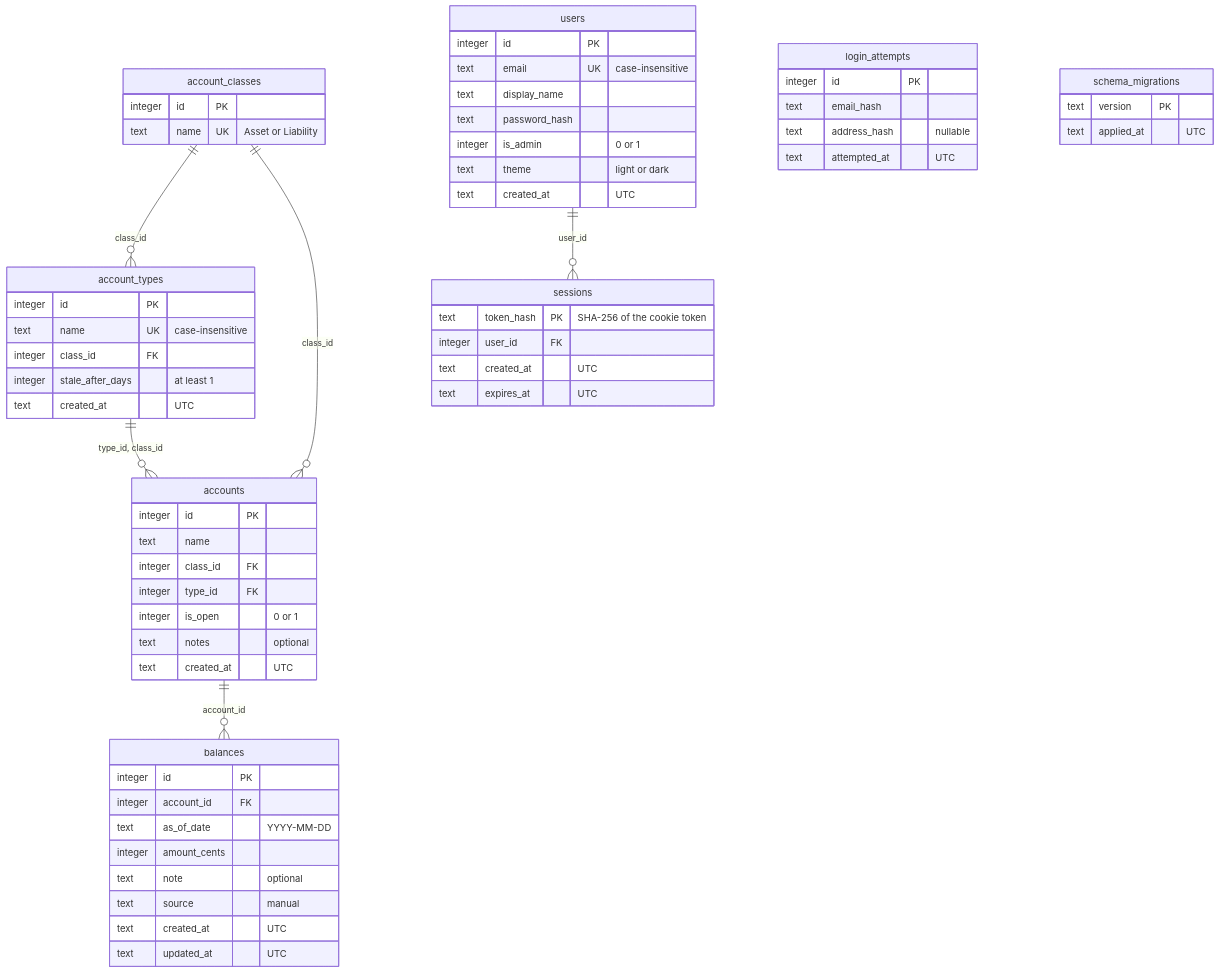
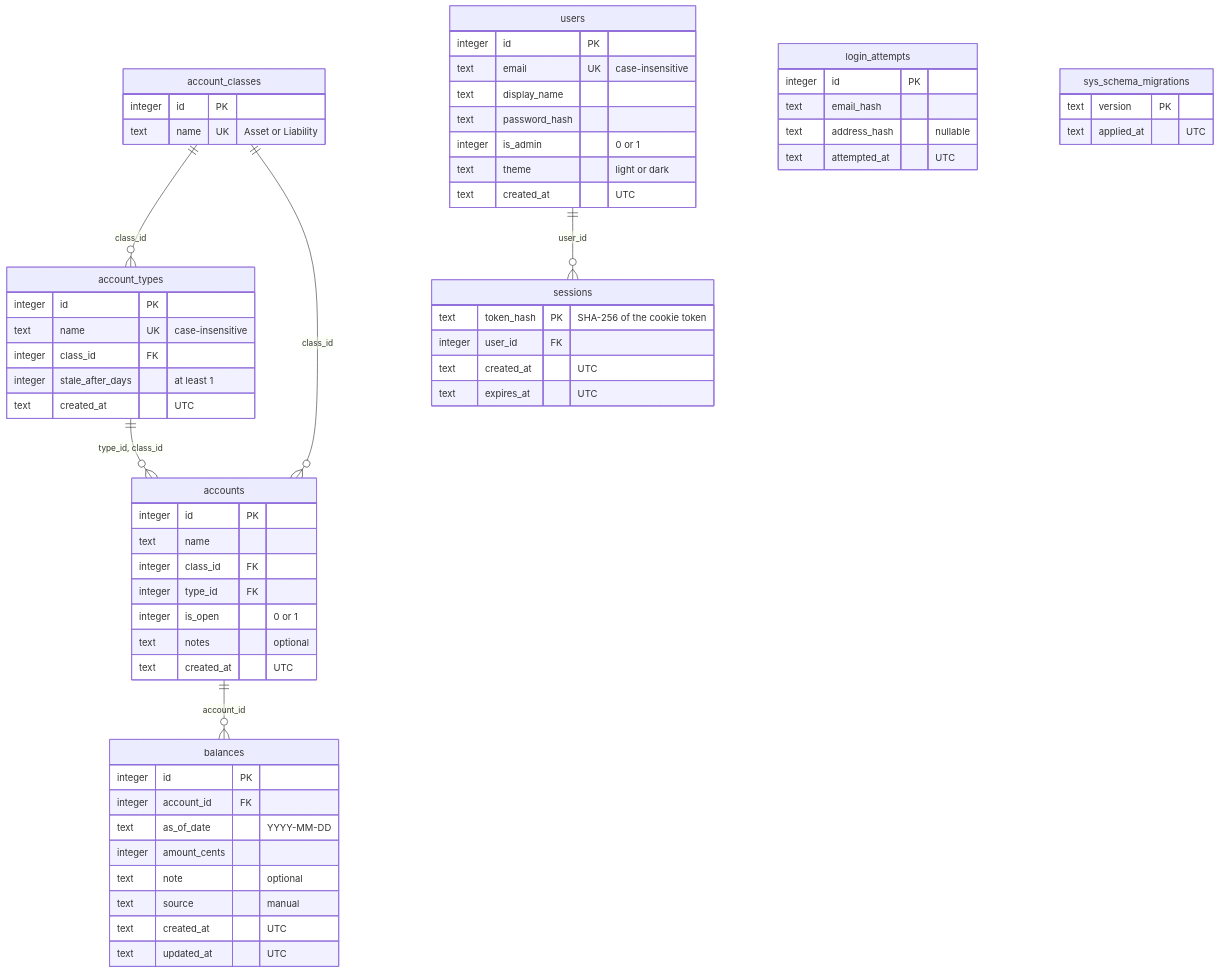
Before and after one commit to declankenny/northstar: the diagram in docs/schema.md, drawn with Mermaid. The commit also changed other lines of this file and 9 other files, not shown here.

First line of the commit message:
Add a migration runner that can rebuild tables and moves the ledger to sys_schema_migrations

````diff
--- a/docs/schema.md
+++ b/docs/schema.md
@@ -5,64 +5,64 @@
 ```mermaid
 erDiagram
     account_classes ||--o{ account_types : "class_id"
     account_classes ||--o{ accounts : "class_id"
     account_types ||--o{ accounts : "type_id, class_id"
     accounts ||--o{ balances : "account_id"
     users ||--o{ sessions : "user_id"
 
     account_classes {
         integer id PK
         text name UK "Asset or Liability"
     }
     account_types {
         integer id PK
         text name UK "case-insensitive"
         integer class_id FK
         integer stale_after_days "at least 1"
         text created_at "UTC"
     }
     accounts {
         integer id PK
         text name
         integer class_id FK
         integer type_id FK
         integer is_open "0 or 1"
         text notes "optional"
         text created_at "UTC"
     }
     balances {
         integer id PK
         integer account_id FK
         text as_of_date "YYYY-MM-DD"
         integer amount_cents
         text note "optional"
         text source "manual"
         text created_at "UTC"
         text updated_at "UTC"
     }
     users {
         integer id PK
         text email UK "case-insensitive"
         text display_name
         text password_hash
         integer is_admin "0 or 1"
         text theme "light or dark"
         text created_at "UTC"
     }
     sessions {
         text token_hash PK "SHA-256 of the cookie token"
         integer user_id FK
         text created_at "UTC"
         text expires_at "UTC"
     }
     login_attempts {
         integer id PK
         text email_hash
         text address_hash "nullable"
         text attempted_at "UTC"
     }
-    schema_migrations {
+    sys_schema_migrations {
         text version PK
         text applied_at "UTC"
     }
 ```
````
